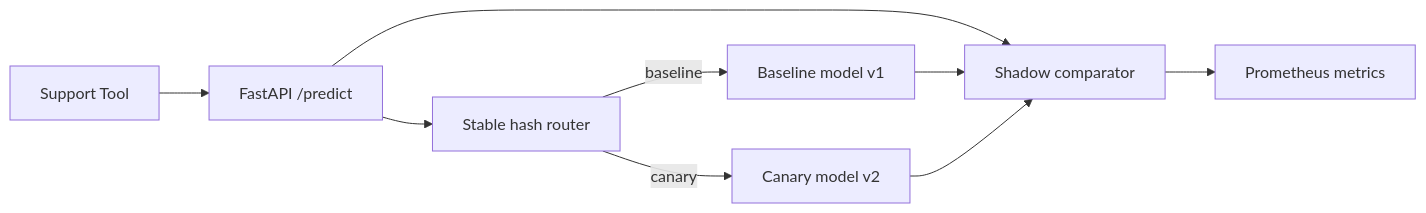
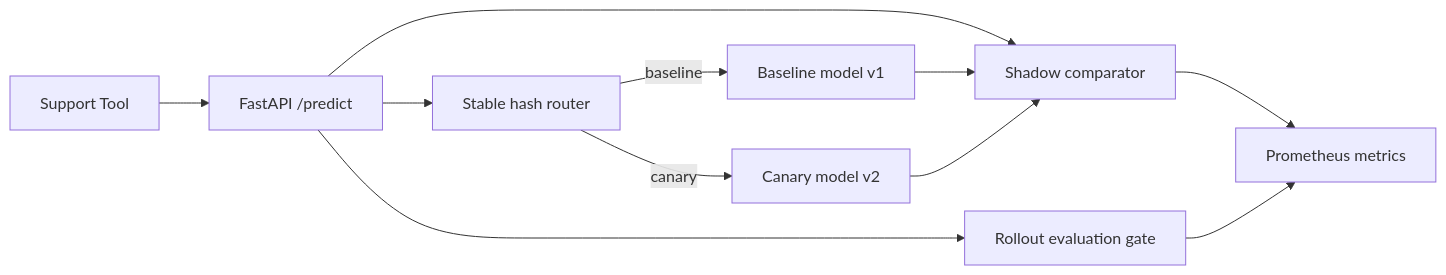
One commit to Nagadeepak1998/model-serving-canary-platform changed the diagram in README.md. Above: the diagram before and after it, drawn with Mermaid. The commit also changed other lines of this file and 17 other files, not shown here.

Commit message:
Add canary rollout evaluation gate

````diff
--- a/README.md
+++ b/README.md
@@ -14,11 +15,13 @@
 ```mermaid
 flowchart LR
     Client["Support Tool"] --> API["FastAPI /predict"]
     API --> Router["Stable hash router"]
     Router -->|baseline| Base["Baseline model v1"]
     Router -->|canary| Canary["Canary model v2"]
     API --> Shadow["Shadow comparator"]
+    API --> Gate["Rollout evaluation gate"]
     Base --> Shadow
     Canary --> Shadow
     Shadow --> Metrics["Prometheus metrics"]
+    Gate --> Metrics
 ```
````
